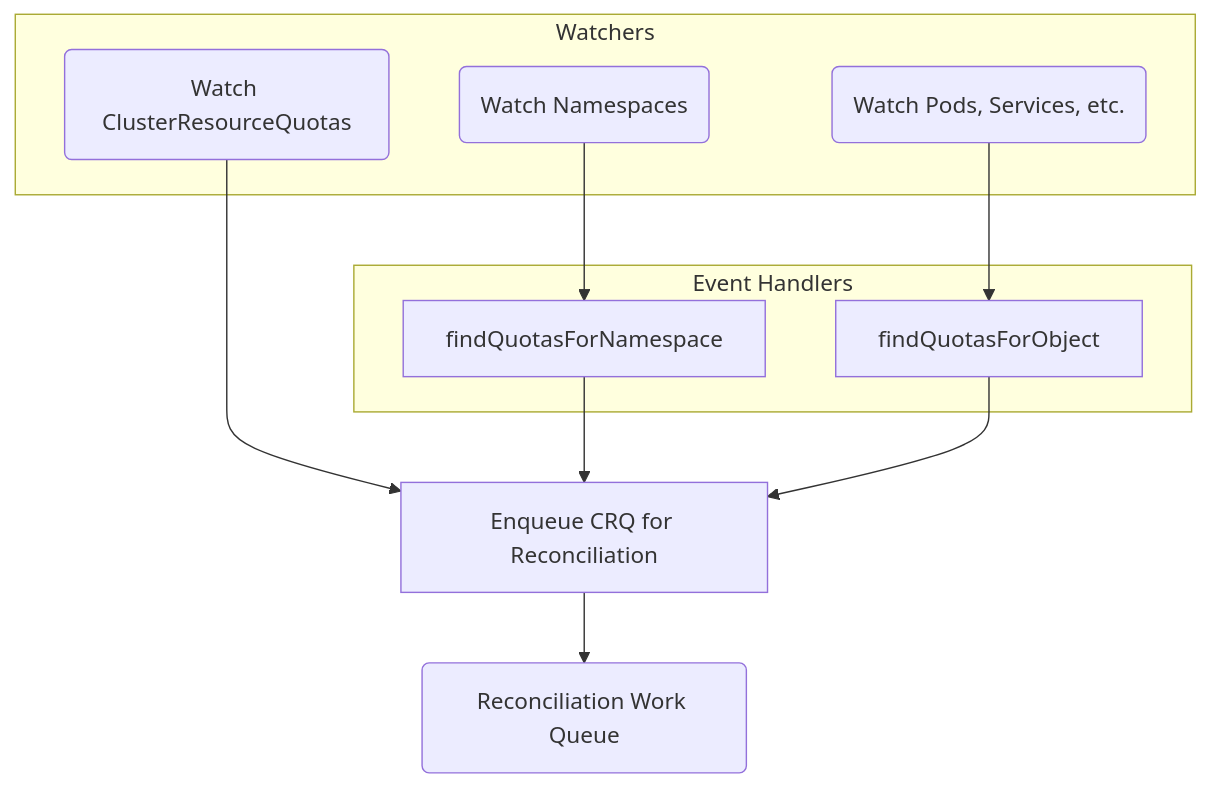
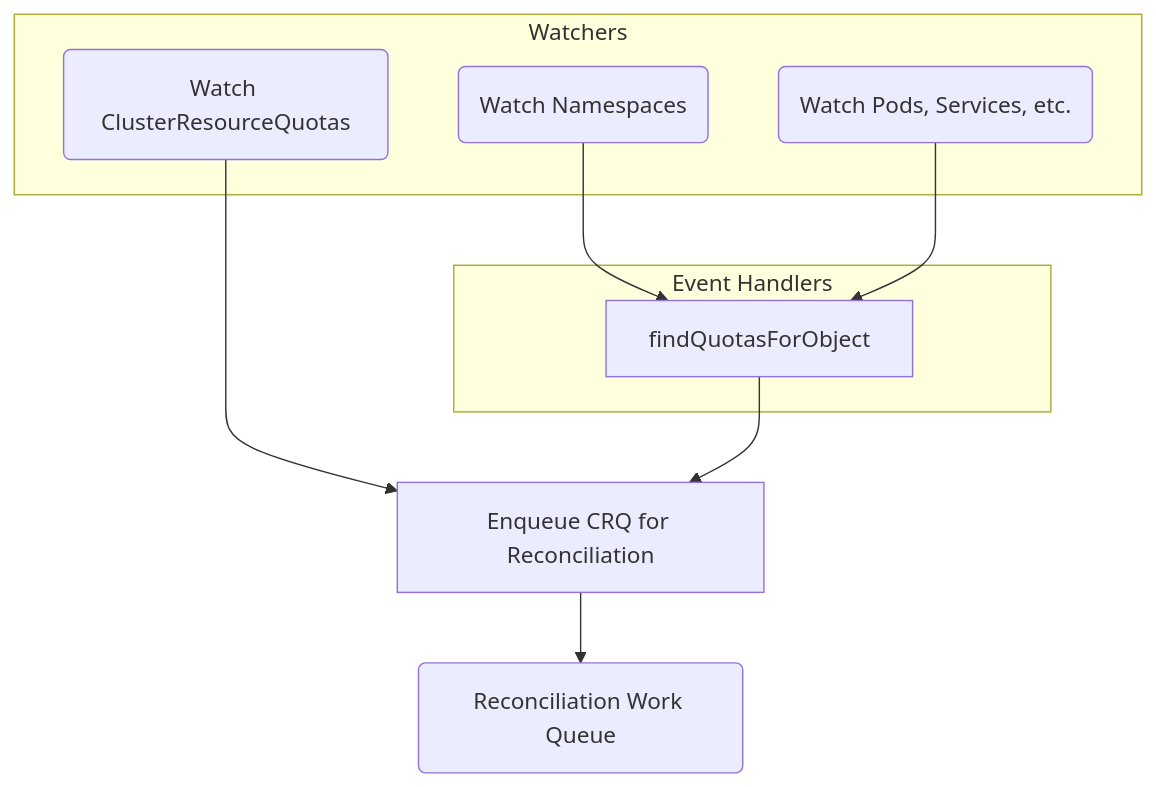
The second of 2 diagrams in docs/reconciliation_loop.md (powerhome/pac-quota-controller), drawn with Mermaid before and after one commit. The commit also changed other lines of this file and 8 other files, not shown here.

````diff
--- a/docs/reconciliation_loop.md
+++ b/docs/reconciliation_loop.md
@@ -56,22 +56,20 @@
 ```mermaid
 graph TD
     subgraph Watchers
         W1(Watch ClusterResourceQuotas)
         W2(Watch Namespaces)
         W3(Watch Pods, Services, etc.)
     end
 
     subgraph Event Handlers
-        H1[findQuotasForNamespace]
-        H2[findQuotasForObject]
+        H1[findQuotasForObject]
     end
 
     W1 --> R[Enqueue CRQ for Reconciliation]
     W2 --> H1
-    W3 --> H2
+    W3 --> H1
 
     H1 --> R
-    H2 --> R
 
     R --> Q(Reconciliation Work Queue)
 ```
````
